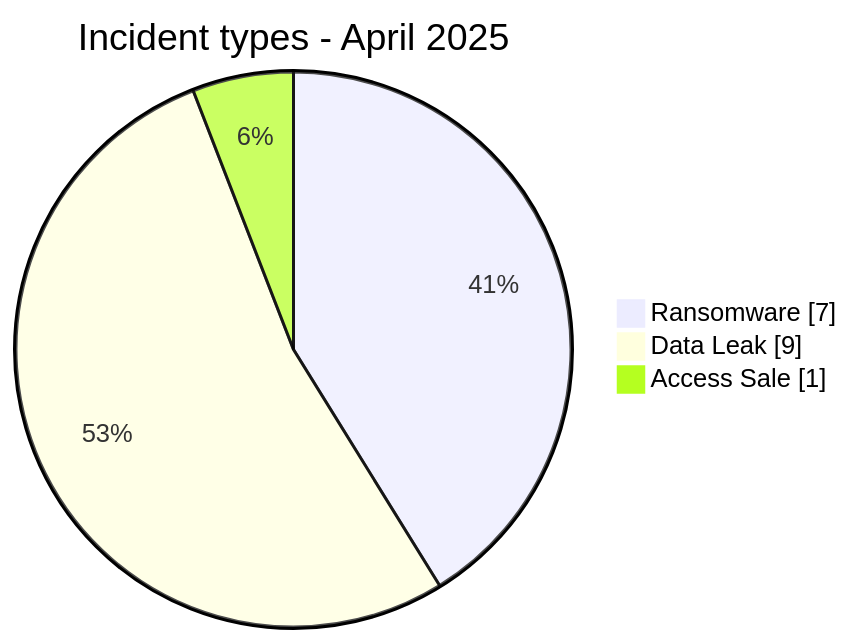
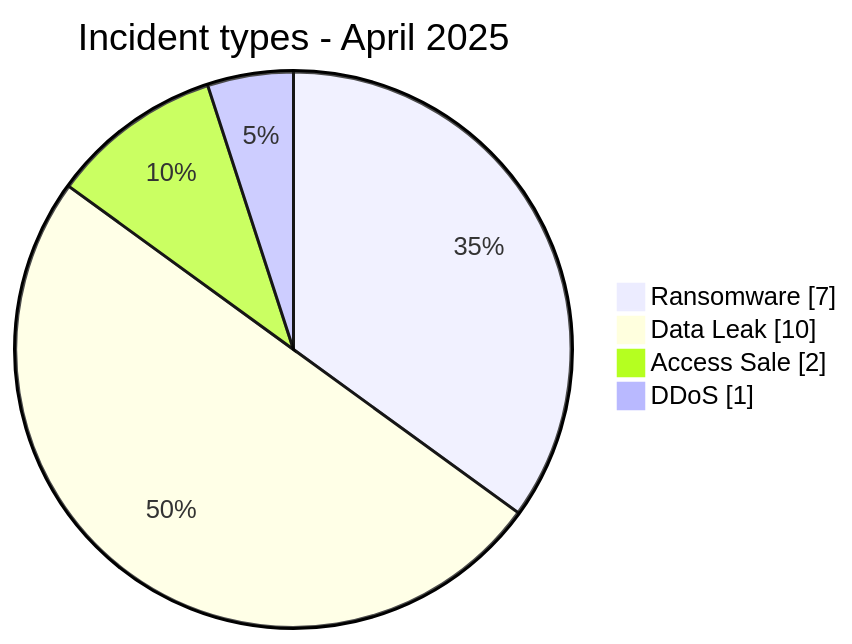
One commit to Hatchepsoute/AFRINTEL changed the first of 2 diagrams in CyberAttackAfrica/2025/04-april/README.md. Above: the diagram before and after it, drawn with Mermaid. The commit also changed other lines of this file and 73 other files, not shown here.

````diff
--- a/CyberAttackAfrica/2025/04-april/README.md
+++ b/CyberAttackAfrica/2025/04-april/README.md
@@ -64,7 +78,8 @@
 ```mermaid
 pie showData
     title Incident types - April 2025
     "Ransomware" : 7
-    "Data Leak" : 9
-    "Access Sale" : 1
+    "Data Leak" : 10
+    "Access Sale" : 2
+    "DDoS" : 1
 ```
````
